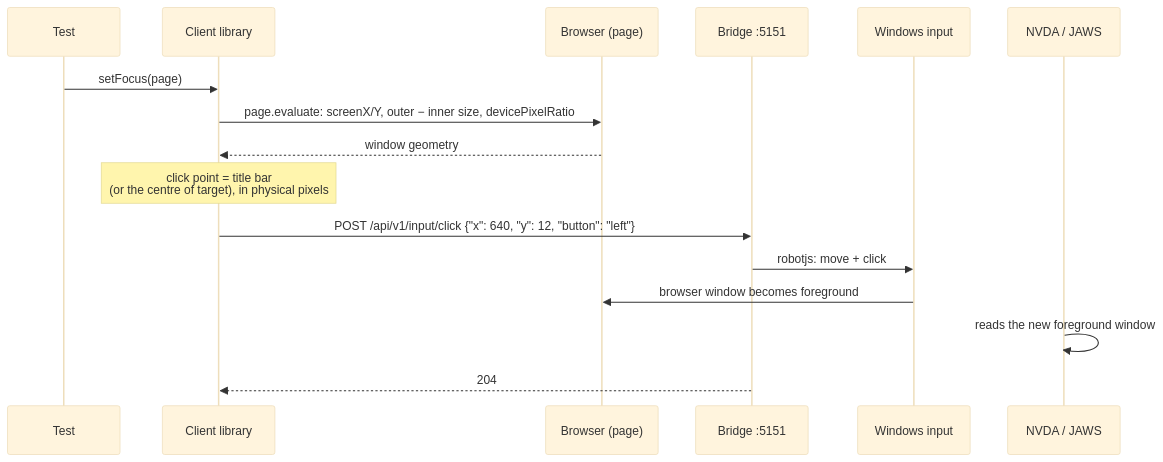
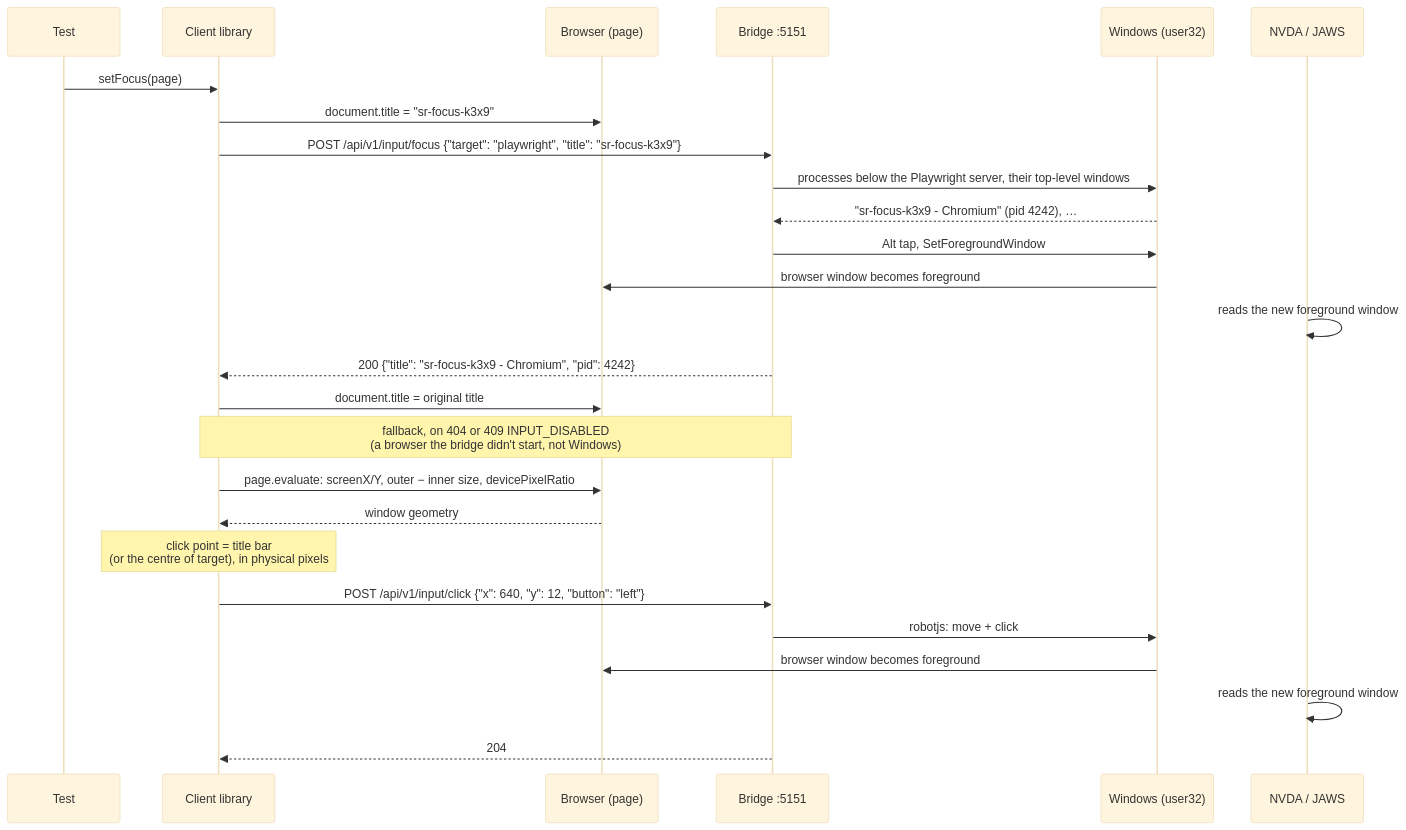
Before and after one commit to TimoSto/screenreader-speech-capture: the second of 5 diagrams in docs/usage/flows/native-input.md, drawn with Mermaid (base theme). The commit also changed other lines of this file and 62 other files, not shown here.

First line of the commit message:
feat(bridge,client): bring the browser window to the front from the bridge (#218)

````diff
--- a/docs/usage/flows/native-input.md
+++ b/docs/usage/flows/native-input.md
@@ -43,19 +44,29 @@
 ```mermaid
 sequenceDiagram
     participant T as Test
     participant C as Client library
     participant Br as Browser (page)
     participant B as Bridge :5151
-    participant OS as Windows input
+    participant OS as Windows (user32)
     participant SR as NVDA / JAWS
 
     T->>C: setFocus(page)
+    C->>Br: document.title = "sr-focus-k3x9"
+    C->>B: POST /api/v1/input/focus {"target": "playwright", "title": "sr-focus-k3x9"}
+    B->>OS: processes below the Playwright server, their top-level windows
+    OS-->>B: "sr-focus-k3x9 - Chromium" (pid 4242), …
+    B->>OS: Alt tap, SetForegroundWindow
+    OS->>Br: browser window becomes foreground
+    SR->>SR: reads the new foreground window
+    B-->>C: 200 {"title": "sr-focus-k3x9 - Chromium", "pid": 4242}
+    C->>Br: document.title = original title
+    Note over C,B: fallback, on 404 or 409 INPUT_DISABLED<br/>(a browser the bridge didn't start, not Windows)
     C->>Br: page.evaluate: screenX/Y, outer − inner size, devicePixelRatio
     Br-->>C: window geometry
     Note over C: click point = title bar<br/>(or the centre of target), in physical pixels
     C->>B: POST /api/v1/input/click {"x": 640, "y": 12, "button": "left"}
     B->>OS: robotjs: move + click
     OS->>Br: browser window becomes foreground
     SR->>SR: reads the new foreground window
     B-->>C: 204
 ```
````
